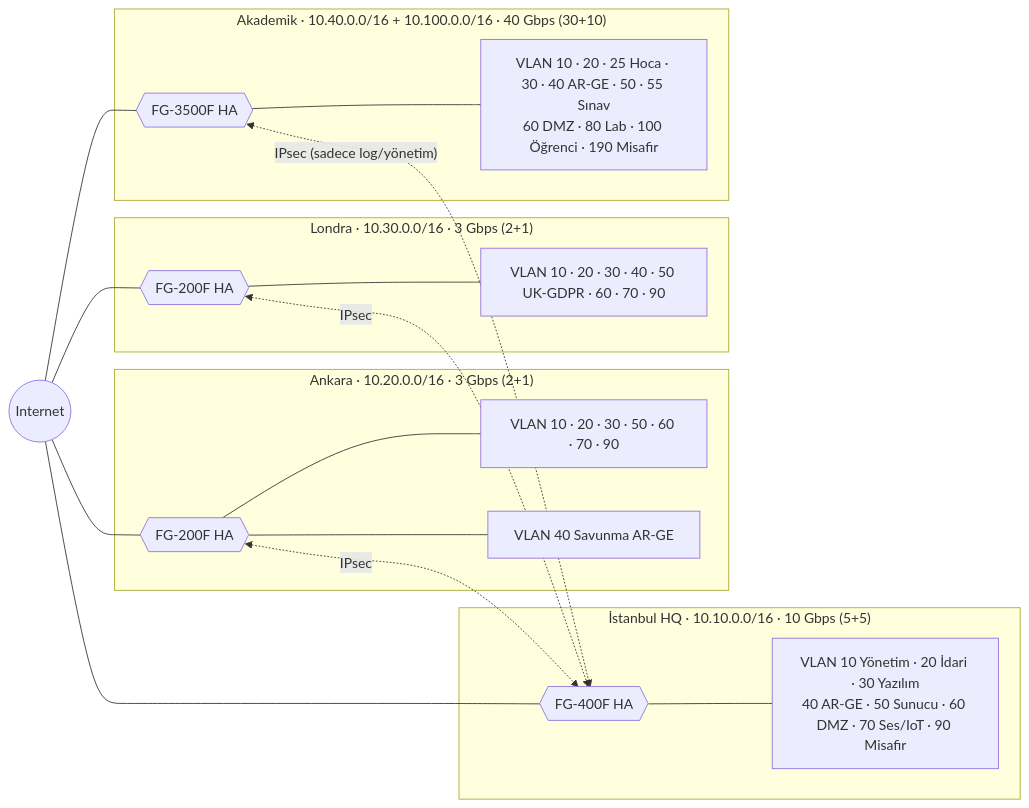
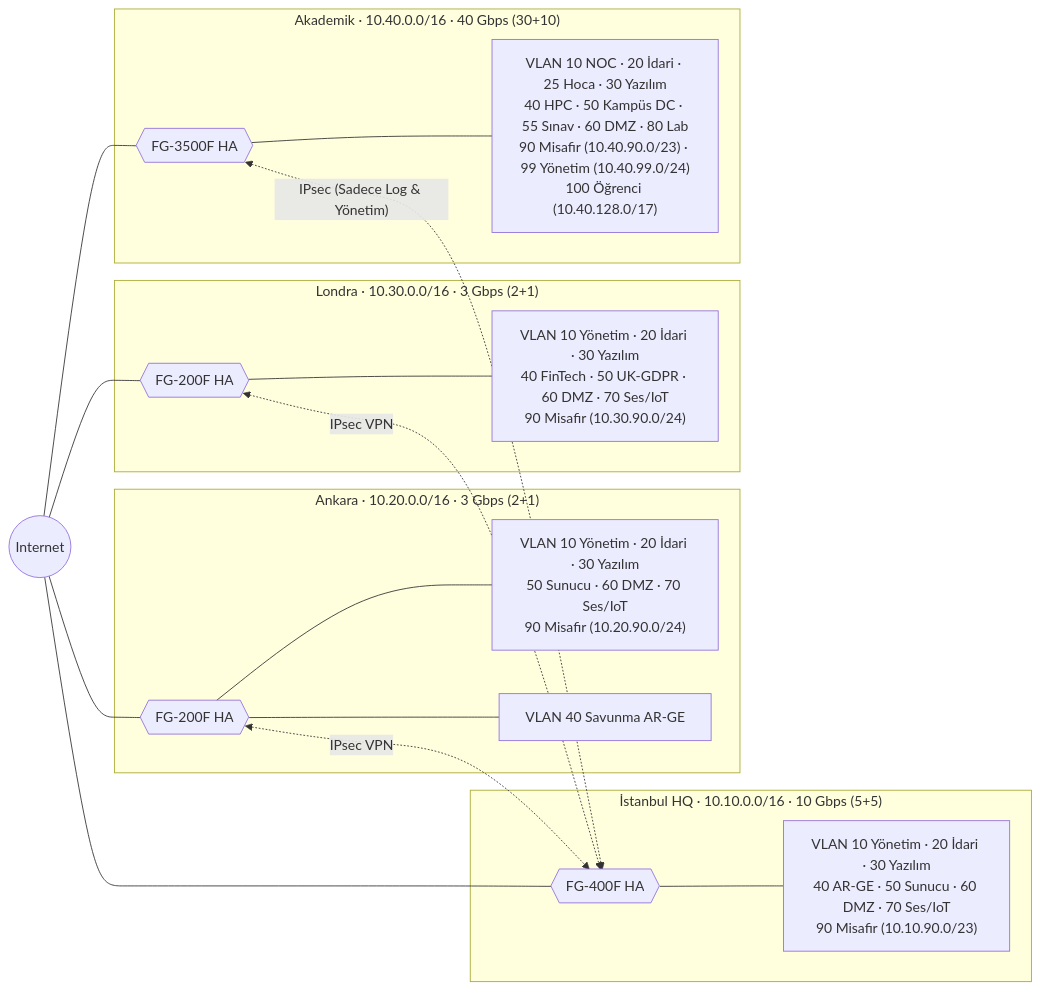
The first of 2 diagrams in firewall-lab/companies/kalkan-bilisim/README.md (Berrkle/os-lab), drawn with Mermaid before and after one commit. The commit also changed other lines of this file and 4 other files, not shown here.

````diff
--- a/firewall-lab/companies/kalkan-bilisim/README.md
+++ b/firewall-lab/companies/kalkan-bilisim/README.md
@@ -25,30 +44,30 @@
 ```mermaid
 flowchart LR
     NET((Internet))
     subgraph IST["İstanbul HQ · 10.10.0.0/16 · 10 Gbps (5+5)"]
         ISTFW{{"FG-400F HA"}}
-        ISTV["VLAN 10 Yönetim · 20 İdari · 30 Yazılım<br/>40 AR-GE · 50 Sunucu · 60 DMZ · 70 Ses/IoT · 90 Misafir"]
+        ISTV["VLAN 10 Yönetim · 20 İdari · 30 Yazılım<br/>40 AR-GE · 50 Sunucu · 60 DMZ · 70 Ses/IoT<br/>90 Misafir (10.10.90.0/23)"]
         ISTFW --- ISTV
     end
     subgraph ANK["Ankara · 10.20.0.0/16 · 3 Gbps (2+1)"]
         ANKFW{{"FG-200F HA"}}
-        ANKV["VLAN 10 · 20 · 30 · 50 · 60 · 70 · 90"]
+        ANKV["VLAN 10 Yönetim · 20 İdari · 30 Yazılım<br/>50 Sunucu · 60 DMZ · 70 Ses/IoT<br/>90 Misafir (10.20.90.0/24)"]
         RND["VLAN 40 Savunma AR-GE"]
         ANKFW --- ANKV
         ANKFW --- RND
     end
     subgraph LON["Londra · 10.30.0.0/16 · 3 Gbps (2+1)"]
         LONFW{{"FG-200F HA"}}
-        LONV["VLAN 10 · 20 · 30 · 40 · 50 UK-GDPR · 60 · 70 · 90"]
+        LONV["VLAN 10 Yönetim · 20 İdari · 30 Yazılım<br/>40 FinTech · 50 UK-GDPR · 60 DMZ · 70 Ses/IoT<br/>90 Misafir (10.30.90.0/24)"]
         LONFW --- LONV
     end
-    subgraph AKA["Akademik · 10.40.0.0/16 + 10.100.0.0/16 · 40 Gbps (30+10)"]
+    subgraph AKA["Akademik · 10.40.0.0/16 · 40 Gbps (30+10)"]
         AKAFW{{"FG-3500F HA"}}
-        AKAV["VLAN 10 · 20 · 25 Hoca · 30 · 40 AR-GE · 50 · 55 Sınav<br/>60 DMZ · 80 Lab · 100 Öğrenci · 190 Misafir"]
+        AKAV["VLAN 10 NOC · 20 İdari · 25 Hoca · 30 Yazılım<br/>40 HPC · 50 Kampüs DC · 55 Sınav · 60 DMZ · 80 Lab<br/>90 Misafir (10.40.90.0/23) · 99 Yönetim (10.40.99.0/24)<br/>100 Öğrenci (10.40.128.0/17)"]
         AKAFW --- AKAV
     end
     NET --- ISTFW & ANKFW & LONFW & AKAFW
-    ANKFW <-. "IPsec" .-> ISTFW
-    LONFW <-. "IPsec" .-> ISTFW
-    AKAFW <-. "IPsec (sadece log/yönetim)" .-> ISTFW
+    ANKFW <-. "IPsec VPN" .-> ISTFW
+    LONFW <-. "IPsec VPN" .-> ISTFW
+    AKAFW <-. "IPsec (Sadece Log & Yönetim)" .-> ISTFW
 ```
````
